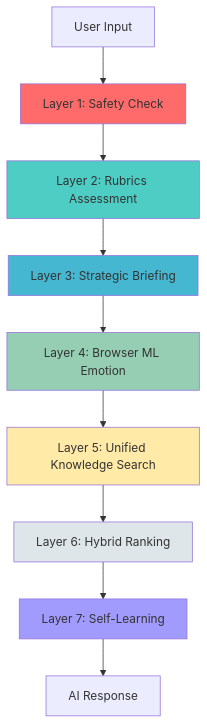
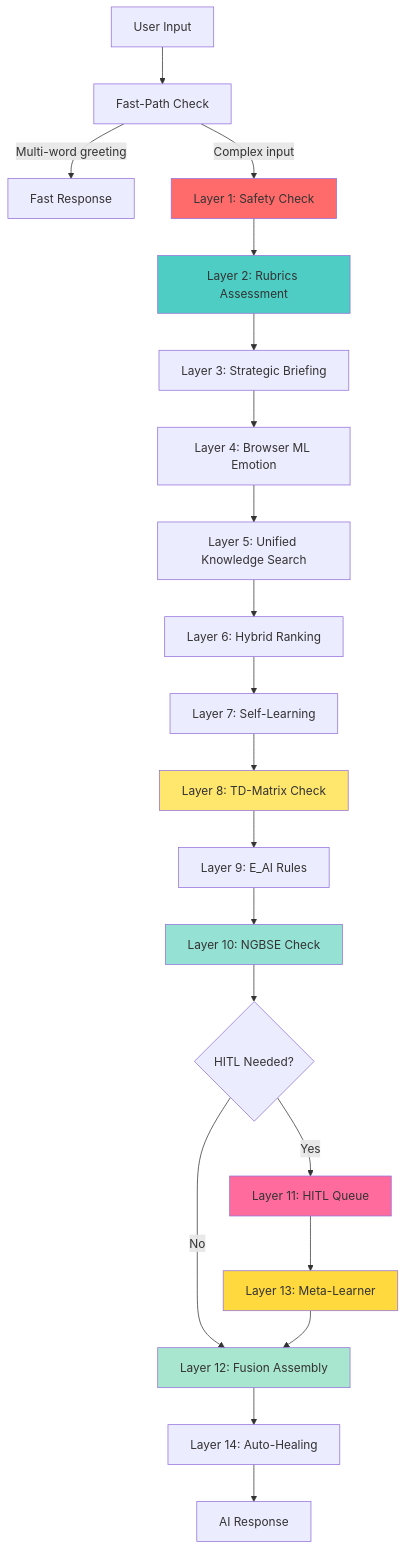
One commit to E-AI-MODEL/evai-inner-space changed the first of 5 diagrams in docs/architecture.md. Above: the diagram before and after it, drawn with Mermaid. The commit also changed other lines of this file and 3 other files, not shown here.

````diff
--- a/docs/architecture.md
+++ b/docs/architecture.md
@@ -34,19 +36,30 @@
 ```mermaid
 graph TB
-    A[User Input] --> B[Layer 1: Safety Check]
+    A[User Input] --> A1[Fast-Path Check]
+    A1 -->|Multi-word greeting| A2[Fast Response]
+    A1 -->|Complex input| B[Layer 1: Safety Check]
     B --> C[Layer 2: Rubrics Assessment]
     C --> D[Layer 3: Strategic Briefing]
     D --> E[Layer 4: Browser ML Emotion]
     E --> F[Layer 5: Unified Knowledge Search]
     F --> G[Layer 6: Hybrid Ranking]
     G --> H[Layer 7: Self-Learning]
-    H --> I[AI Response]
+    H --> I[Layer 8: TD-Matrix Check]
+    I --> J[Layer 9: E_AI Rules]
+    J --> K[Layer 10: NGBSE Check]
+    K --> L{HITL Needed?}
+    L -->|Yes| M[Layer 11: HITL Queue]
+    L -->|No| N[Layer 12: Fusion Assembly]
+    M --> O[Layer 13: Meta-Learner]
+    O --> N
+    N --> P[Layer 14: Auto-Healing]
+    P --> Q[AI Response]
     
     style B fill:#ff6b6b
     style C fill:#4ecdc4
-    style D fill:#45b7d1
-    style E fill:#96ceb4
-    style F fill:#ffeaa7
-    style G fill:#dfe6e9
-    style H fill:#a29bfe
+    style I fill:#ffe66d
+    style K fill:#95e1d3
+    style M fill:#ff6b9d
+    style N fill:#a8e6cf
+    style O fill:#ffd93d
 ```
````
